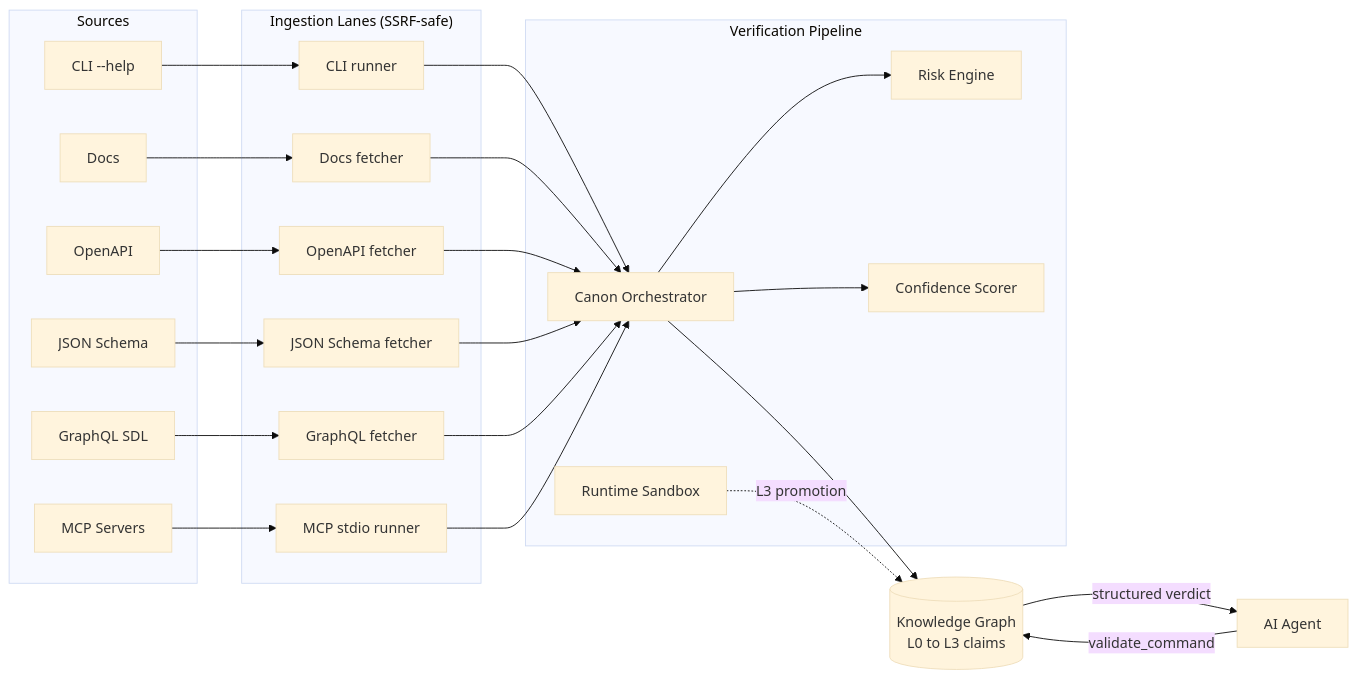
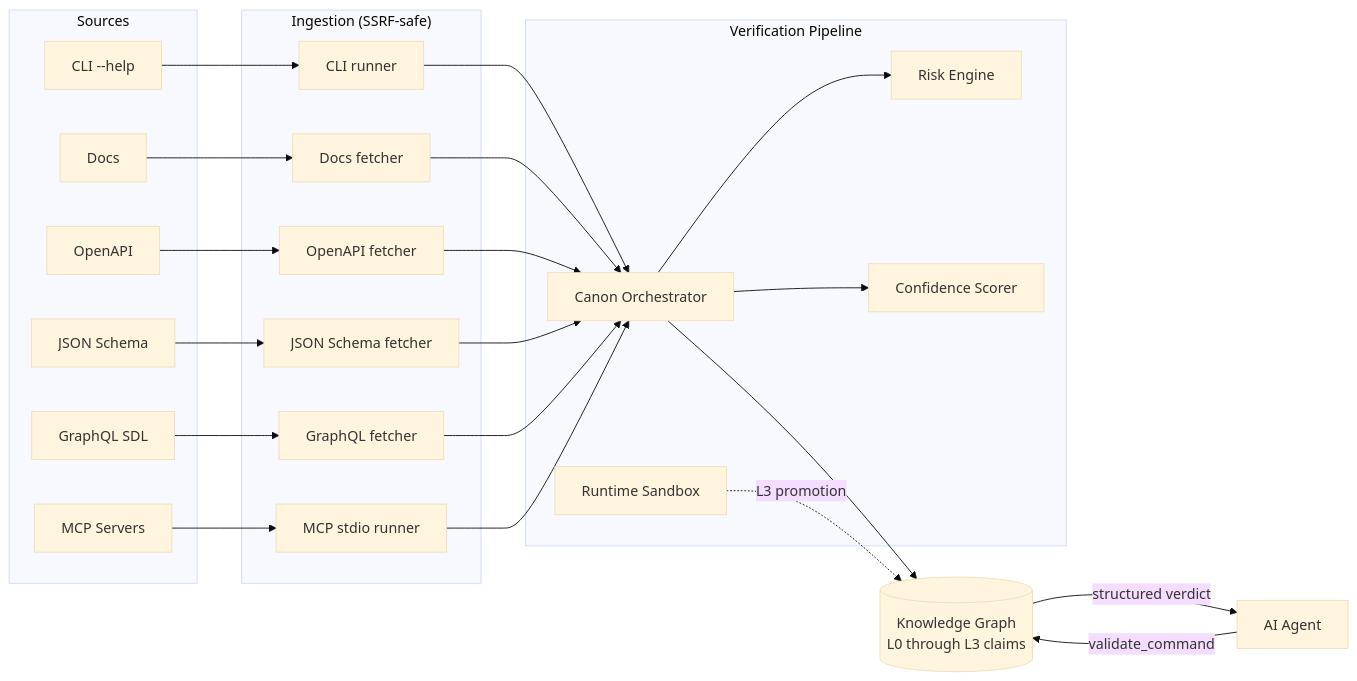
One commit to ruth411/AgentAtlas changed the diagram in README.md. Above: the diagram before and after it, drawn with Mermaid (base theme). The commit also changed other lines of this file, not shown here.

````diff
--- a/README.md
+++ b/README.md
@@ -67,46 +71,46 @@
 ```mermaid
 flowchart LR
     subgraph Sources["Sources"]
         CLI[CLI --help]
         DOCS[Docs]
         OAS[OpenAPI]
         JSON[JSON Schema]
         GQL[GraphQL SDL]
         MCP[MCP Servers]
     end
 
-    subgraph Ingestion["Ingestion Lanes (SSRF-safe)"]
+    subgraph Ingestion["Ingestion (SSRF-safe)"]
         L1[CLI runner]
         L2[Docs fetcher]
         L3[OpenAPI fetcher]
         L4[JSON Schema fetcher]
         L5[GraphQL fetcher]
         L6[MCP stdio runner]
     end
 
     subgraph Pipeline["Verification Pipeline"]
         ORCH[Canon Orchestrator]
         RISK[Risk Engine]
         CONF[Confidence Scorer]
         SAND[Runtime Sandbox]
     end
 
-    GRAPH[(Knowledge Graph<br/>L0 to L3 claims)]
+    GRAPH[(Knowledge Graph<br/>L0 through L3 claims)]
 
     AGENT[AI Agent]
 
     CLI --> L1 --> ORCH
     DOCS --> L2 --> ORCH
     OAS --> L3 --> ORCH
     JSON --> L4 --> ORCH
     GQL --> L5 --> ORCH
     MCP --> L6 --> ORCH
 
     ORCH --> RISK
     ORCH --> CONF
     ORCH --> GRAPH
     SAND -.->|L3 promotion| GRAPH
 
     AGENT -->|validate_command| GRAPH
     GRAPH -->|structured verdict| AGENT
 ```
````
